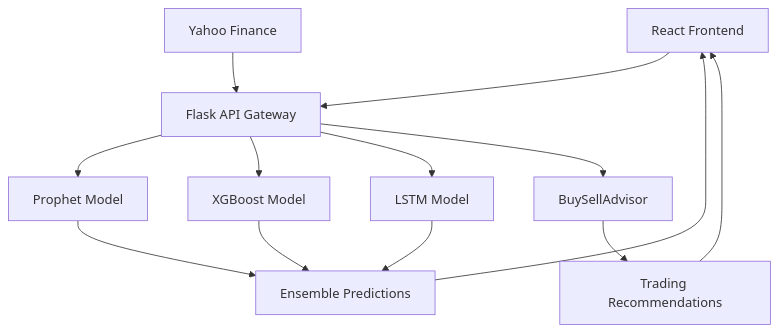
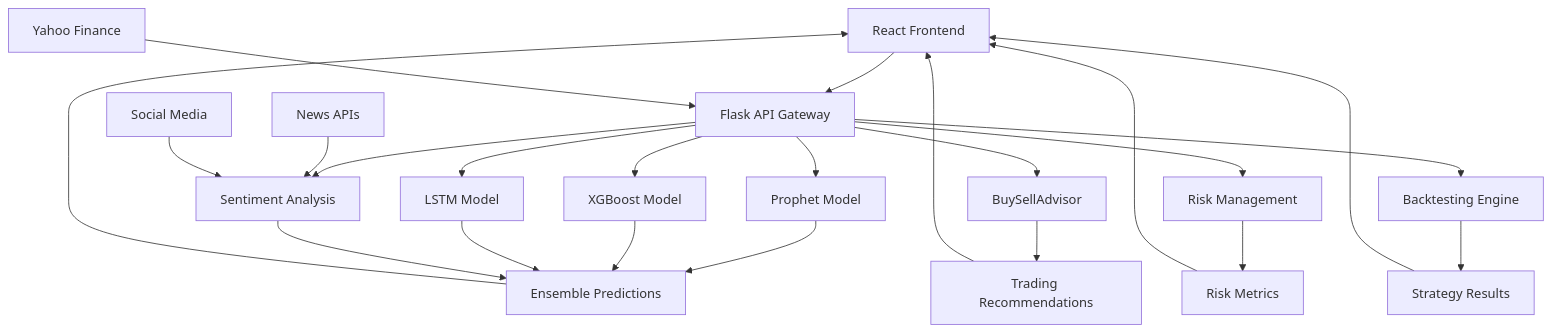
One commit to patelpratyush/AI-Powered-Portfolio-Optimizer changed the diagram in README.md. Above: the diagram before and after it, drawn with Mermaid. The commit also changed other lines of this file and 97 other files, not shown here.

````diff
--- a/README.md
+++ b/README.md
@@ -53,15 +66,25 @@
 ```mermaid
 graph TB
     A[React Frontend] --> B[Flask API Gateway]
     B --> C[Prophet Model]
     B --> D[XGBoost Model]
     B --> E[LSTM Model]
     B --> F[BuySellAdvisor]
-    G[Yahoo Finance] --> B
-    C --> H[Ensemble Predictions]
-    D --> H
-    E --> H
-    F --> I[Trading Recommendations]
-    H --> A
-    I --> A
+    B --> G[Sentiment Analysis]
+    B --> H[Risk Management]
+    B --> I[Backtesting Engine]
+    J[Yahoo Finance] --> B
+    K[News APIs] --> G
+    L[Social Media] --> G
+    C --> M[Ensemble Predictions]
+    D --> M
+    E --> M
+    G --> M
+    F --> N[Trading Recommendations]
+    H --> O[Risk Metrics]
+    I --> P[Strategy Results]
+    M --> A
+    N --> A
+    O --> A
+    P --> A
 ```
````
